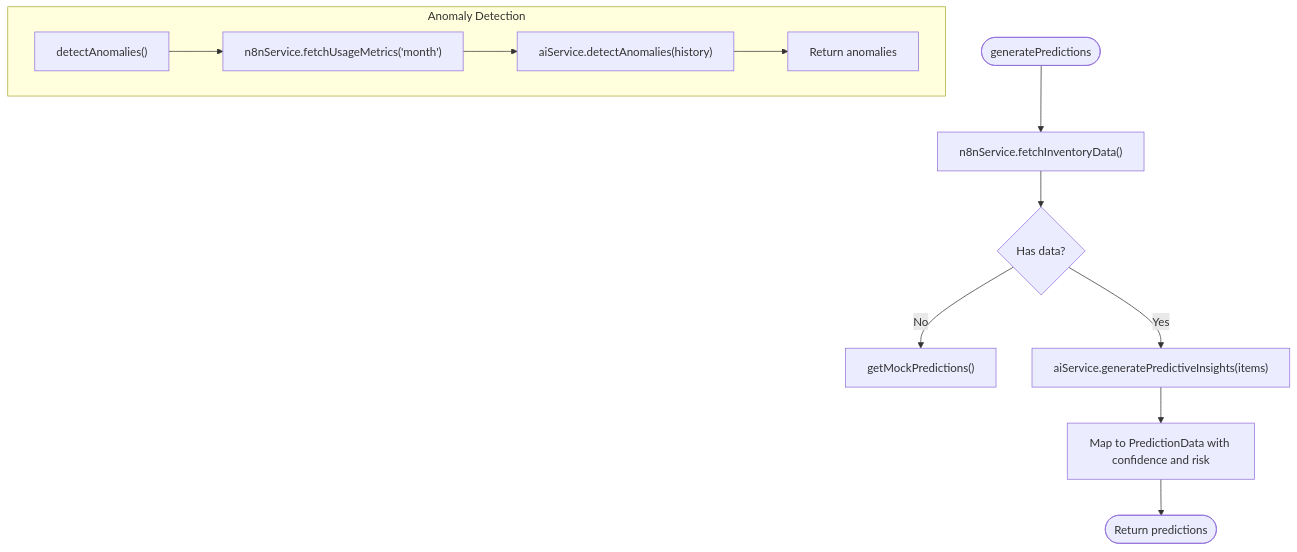
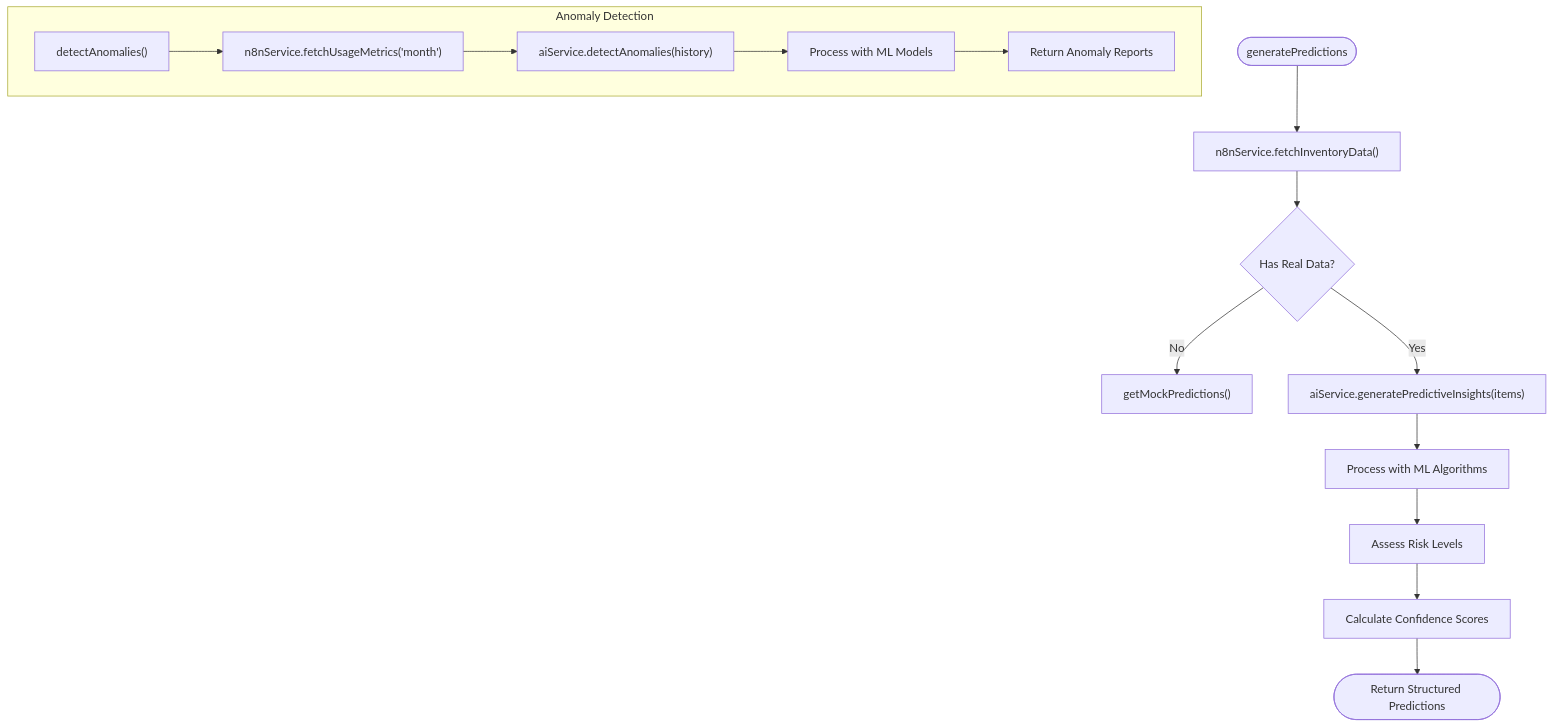
Before and after one commit to cacamarica/dashboard-ai: the sixth of 9 diagrams in .qoder/repowiki/en/content/Core Features/Reports and Analytics.md, drawn with Mermaid. The commit also changed other lines of this file and 14 other files, not shown here.

````diff
--- a/.qoder/repowiki/en/content/Core Features/Reports and Analytics.md
+++ b/.qoder/repowiki/en/content/Core Features/Reports and Analytics.md
@@ -277,14 +300,17 @@
 ```mermaid
 flowchart TD
 Start(["generatePredictions"]) --> Fetch["n8nService.fetchInventoryData()"]
-Fetch --> HasData{"Has data?"}
+Fetch --> HasData{"Has Real Data?"}
 HasData --> |No| Mock["getMockPredictions()"]
 HasData --> |Yes| AI["aiService.generatePredictiveInsights(items)"]
-AI --> Map["Map to PredictionData with confidence and risk"]
-Map --> End(["Return predictions"])
+AI --> Process["Process with ML Algorithms"]
+Process --> RiskAssess["Assess Risk Levels"]
+RiskAssess --> Confidence["Calculate Confidence Scores"]
+Confidence --> End(["Return Structured Predictions"])
 subgraph "Anomaly Detection"
 AD_Start["detectAnomalies()"] --> AD_Fetch["n8nService.fetchUsageMetrics('month')"]
 AD_Fetch --> AD_AI["aiService.detectAnomalies(history)"]
-AD_AI --> AD_End["Return anomalies"]
+AD_AI --> AD_Process["Process with ML Models"]
+AD_Process --> AD_End["Return Anomaly Reports"]
 end
 ```
````
